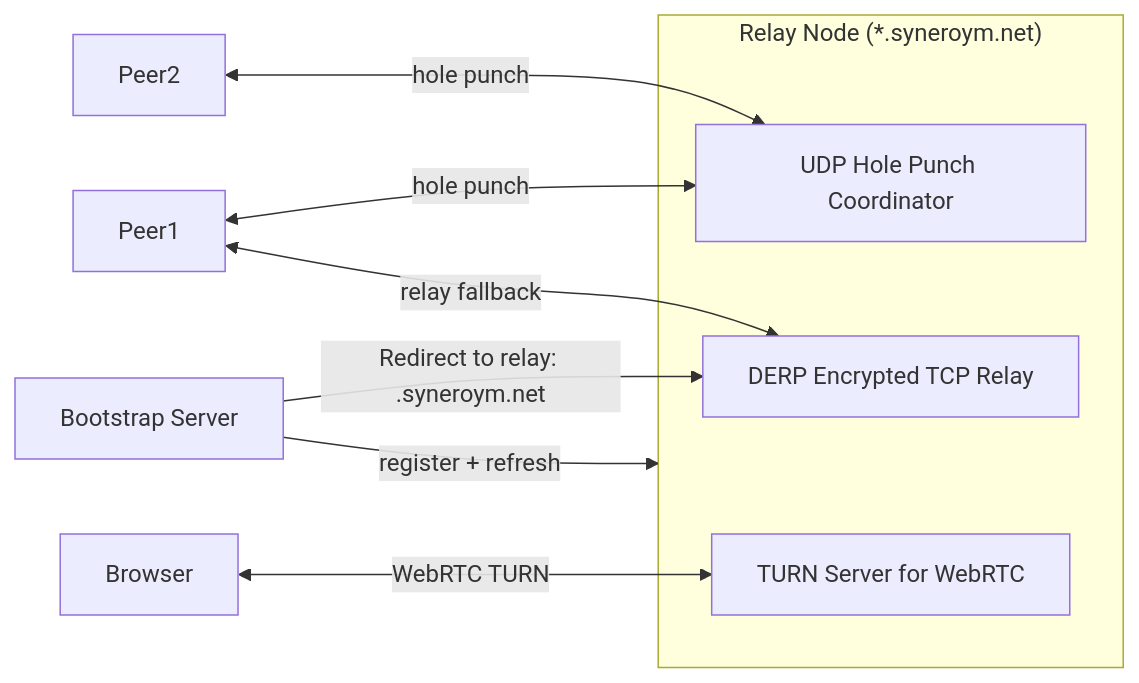
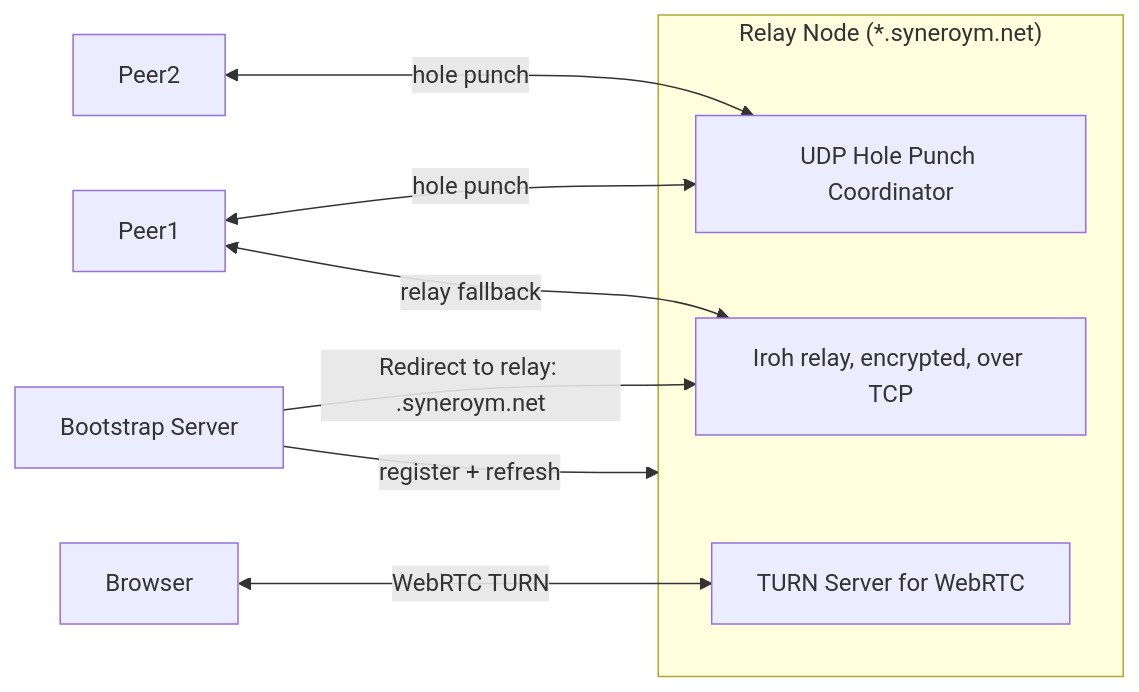
Before and after one commit to syneroym/syneroym: the fourth of 23 diagrams in docs/system-architecture.md, drawn with Mermaid. The commit also changed other lines of this file and 15 other files, not shown here.

First line of the commit message:
docs(architecture): apply audit fixes (#293)

````diff
--- a/docs/system-architecture.md
+++ b/docs/system-architecture.md
@@ -178,15 +288,15 @@
 ```mermaid
 flowchart LR
     subgraph Relay["Relay Node (*.syneroym.net)"]
         HP[UDP Hole Punch Coordinator]
-        DR[DERP Encrypted TCP Relay]
+        DR[Iroh relay, encrypted, over TCP]
         TR[TURN Server for WebRTC]
     end
 
     BS[Bootstrap Server] -->|"register + refresh"| Relay
     BS -->|"Redirect to relay: <relaynodeid>.syneroym.net"| DR
     Peer1 <-->|"hole punch"| HP
     Peer2 <-->|"hole punch"| HP
     Peer1 <-->|"relay fallback"| DR
     Browser <-->|"WebRTC TURN"| TR
 ```
````
